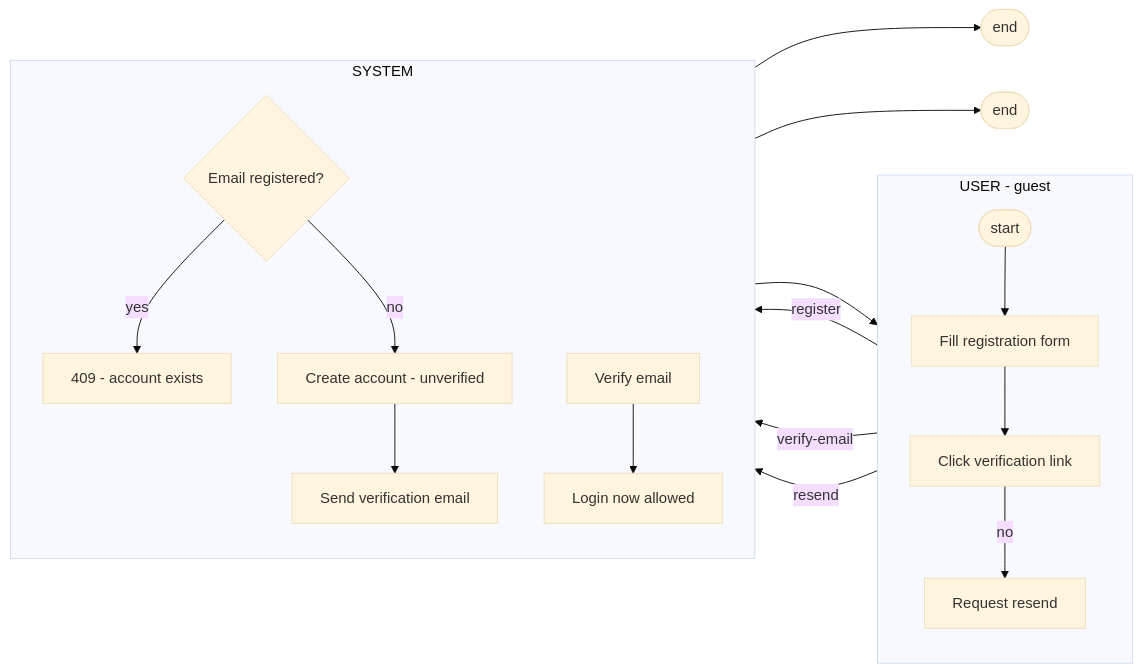
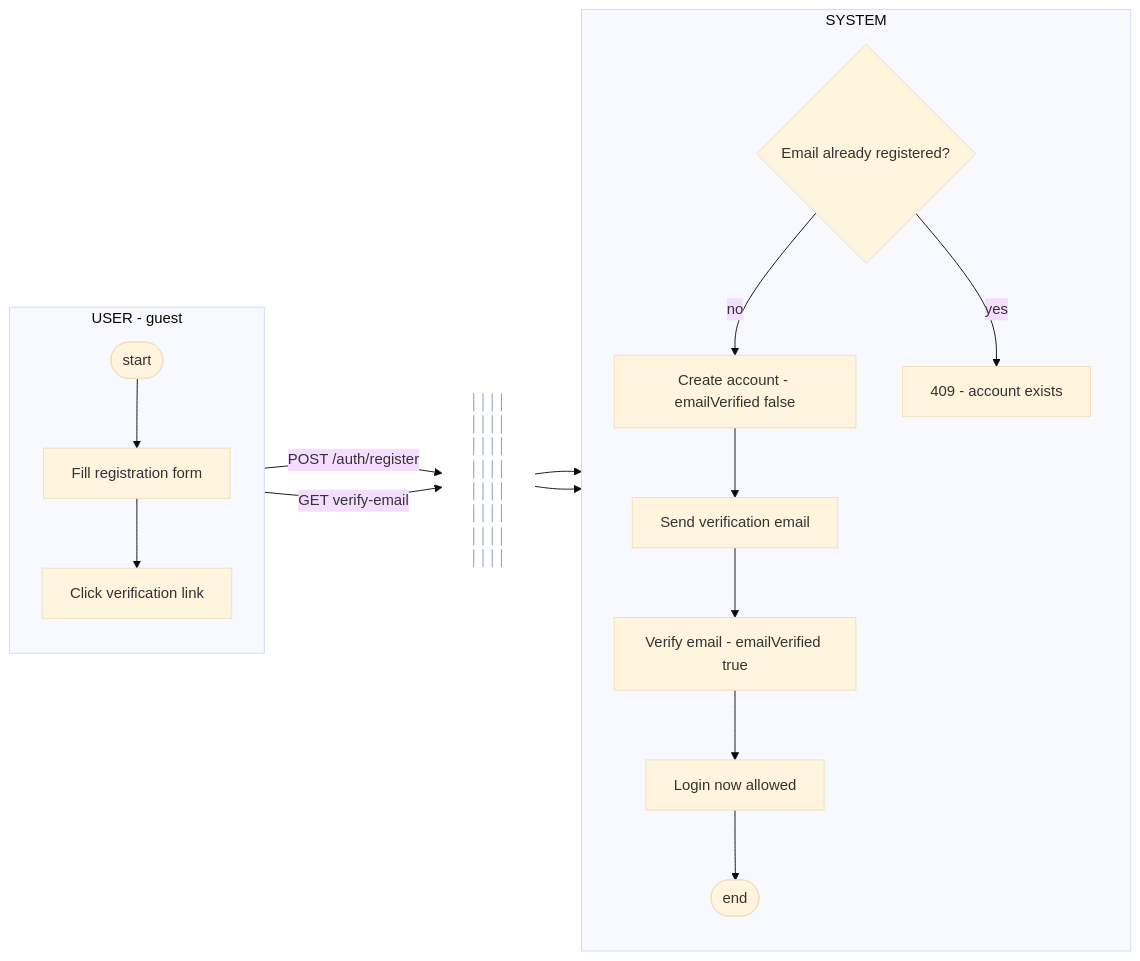
The sixth of 12 diagrams in docs/diagrams/04-1-activity-diagram.md (urlsalimbot/THESIS1-KAPWA), drawn with Mermaid (base theme) before and after one commit. The commit also changed other lines of this file, not shown here.

Commit message:
docs: add vertical divider line between user and system lanes in activity diagrams

````diff
--- a/docs/diagrams/04-1-activity-diagram.md
+++ b/docs/diagrams/04-1-activity-diagram.md
@@ -209,28 +203,22 @@
 ```mermaid
 flowchart LR
     subgraph U["USER - guest"]
         direction TB
         A([start]) --> B[Fill registration form]
         B --> C[Click verification link]
-        C -- no --> D[Request resend]
     end
     subgraph S["SYSTEM"]
         direction TB
-        E{Email registered?}
-        F[Create account - unverified]
-        G[Send verification email]
-        H[Verify email]
-        I[409 - account exists]
-        J[Login now allowed]
+        E{Email already registered?}
+        E -- no --> F[Create account - emailVerified false]
+        F --> G[Send verification email]
+        G --> H[Verify email - emailVerified true]
+        H --> J[Login now allowed]
+        J --> K([end])
+        E -- yes --> I[409 - account exists]
     end
-    B -->|"register"| E
-    E -- yes --> I
-    I --> Z([end])
-    E -- no --> F
-    F --> G
-    G --> C
-    C -->|"verify-email"| H
-    D -->|"resend"| G
-    H --> J
-    J --> K([end])
+    DIV["││││<br/>││││<br/>││││<br/>││││<br/>││││<br/>││││<br/>││││<br/>││││"]
+    B -->|"POST /auth/register"| DIV --> E
+    C -->|"GET verify-email"| DIV --> H
+    style DIV fill:none,stroke:none,color:#94a3b8,font-size:16px,font-weight:bold
 ```
````
